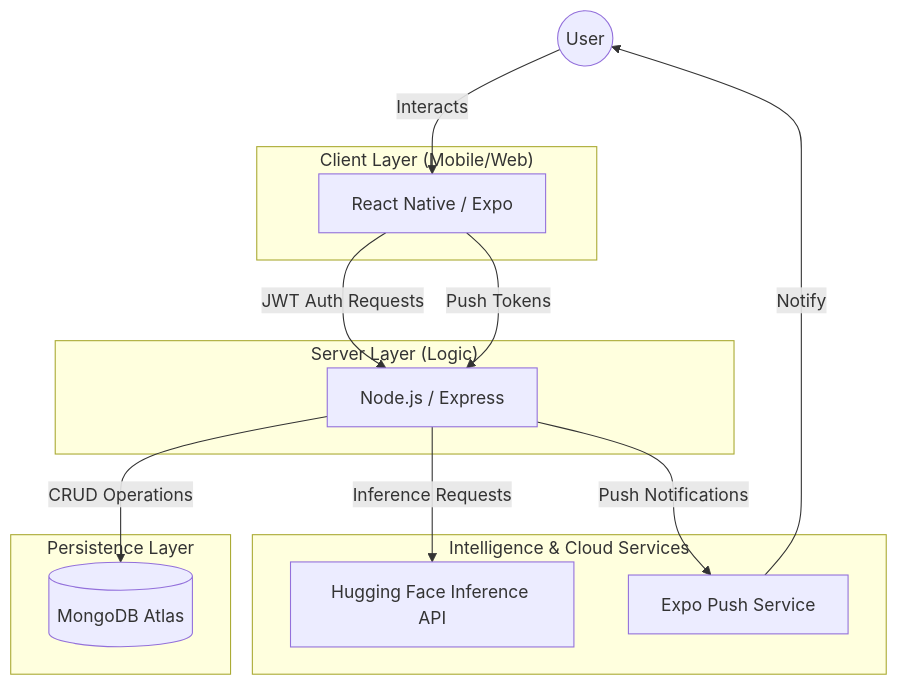
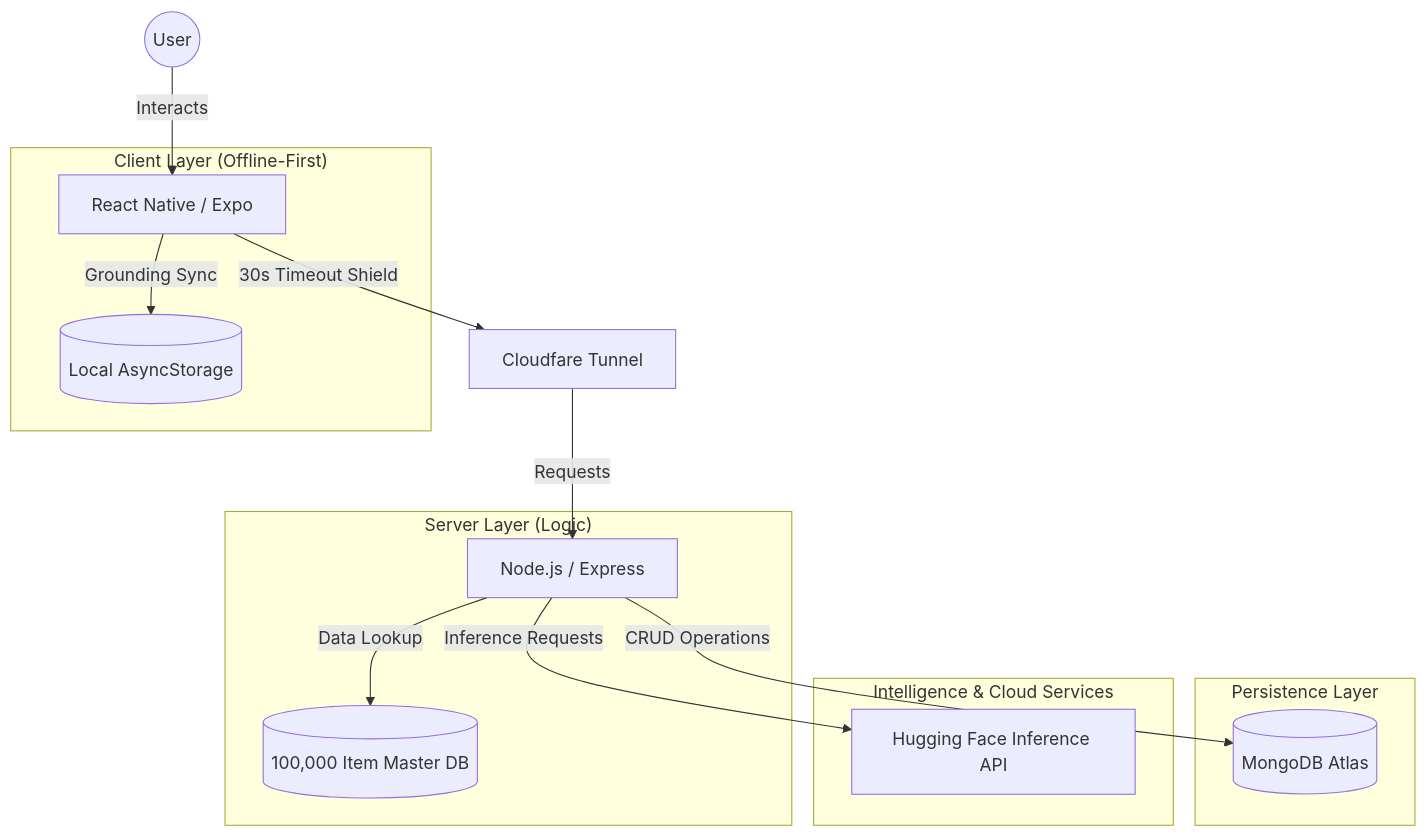
The diagram in documentation/ARCHITECTURE_AND_DATA_FLOW.md (Darkjak361/MoodMate), drawn with Mermaid before and after one commit. The commit also changed other lines of this file and 7 other files, not shown here.

````diff
--- a/documentation/ARCHITECTURE_AND_DATA_FLOW.md
+++ b/documentation/ARCHITECTURE_AND_DATA_FLOW.md
@@ -8,27 +8,26 @@
 ```mermaid
 graph TD
     User((User)) -->|Interacts| Frontend[React Native / Expo]
-    Frontend -->|JWT Auth Requests| Backend[Node.js / Express]
+    Frontend -->|30s Timeout Shield| Tunnel[Cloudfare Tunnel]
+    Tunnel -->|Requests| Backend[Node.js / Express]
+    Backend -->|Data Lookup| JSON[(100,000 Item Master DB)]
     Backend -->|CRUD Operations| DB[(MongoDB Atlas)]
     Backend -->|Inference Requests| AI[Hugging Face Inference API]
-    Frontend -->|Push Tokens| Backend
-    Backend -->|Push Notifications| ExpoPush[Expo Push Service]
-    ExpoPush -->|Notify| User
-
-    subgraph "Client Layer (Mobile/Web)"
-        Frontend
+    
+    subgraph "Client Layer (Offline-First)"
+        Frontend -->|Grounding Sync| Storage[(Local AsyncStorage)]
     end
 
     subgraph "Server Layer (Logic)"
         Backend
+        JSON
     end
 
     subgraph "Persistence Layer"
         DB
     end
 
     subgraph "Intelligence & Cloud Services"
         AI
-        ExpoPush
     end
 ```
````
